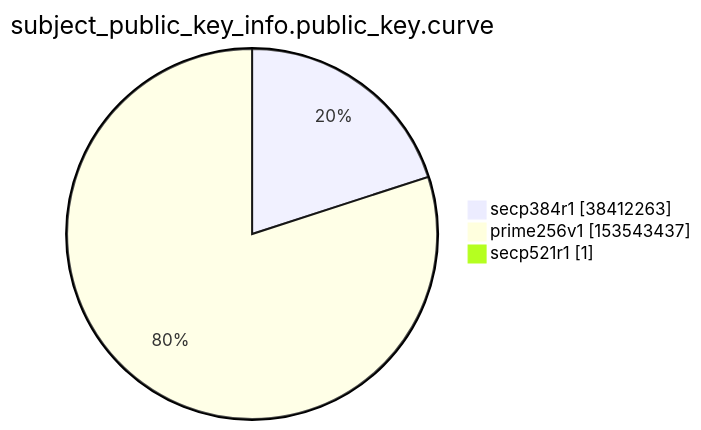
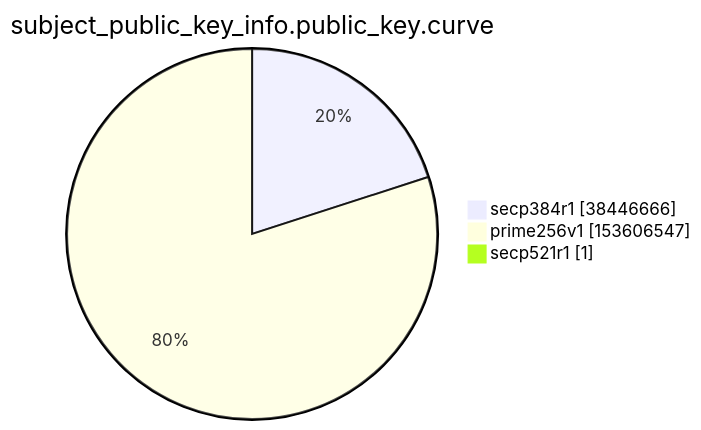
Before and after one commit to christiankrug/ctmonitor_visualization: the ninth of 15 diagrams in xenon2022/README.md, drawn with Mermaid. The commit also changed other lines of this file, not shown here.

````diff
--- a/xenon2022/README.md
+++ b/xenon2022/README.md
@@ -2863,7 +2863,7 @@
 ```mermaid
 pie showData
 title subject_public_key_info.public_key.curve
-"secp384r1" :38412263
-"prime256v1" :153543437
+"secp384r1" :38446666
+"prime256v1" :153606547
 "secp521r1" :1
 ```
````
